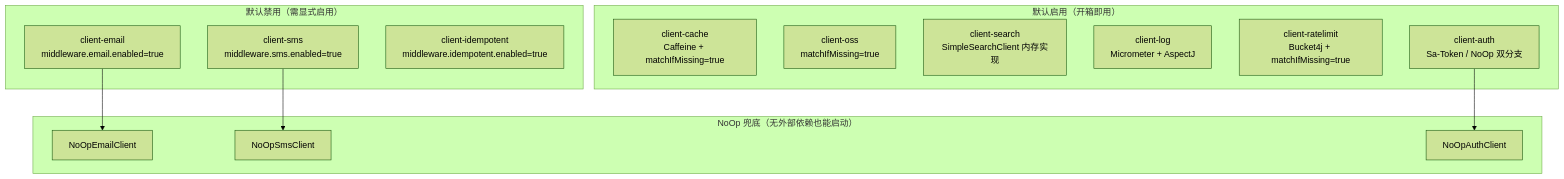
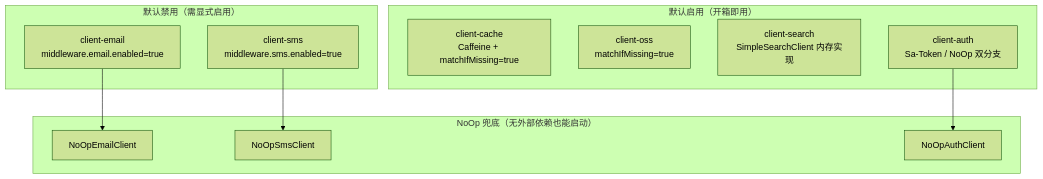
Before and after one commit to LeoNardo-LB/web-quick-start-light: the second of 2 diagrams in docs/architecture/design-patterns.md, drawn with Mermaid (forest theme). The commit also changed other lines of this file and 26 other files, not shown here.

````diff
--- a/docs/architecture/design-patterns.md
+++ b/docs/architecture/design-patterns.md
@@ -132,27 +131,24 @@
 ```mermaid
 graph TD
     subgraph "默认启用（开箱即用）"
         CACHE["client-cache<br/>Caffeine + matchIfMissing=true"]
         OSS["client-oss<br/>matchIfMissing=true"]
         SEARCH["client-search<br/>SimpleSearchClient 内存实现"]
-        LOG["client-log<br/>Micrometer + AspectJ"]
-        RATE["client-ratelimit<br/>Bucket4j + matchIfMissing=true"]
         AUTH["client-auth<br/>Sa-Token / NoOp 双分支"]
     end
 
     subgraph "默认禁用（需显式启用）"
         EMAIL["client-email<br/>middleware.email.enabled=true"]
         SMS["client-sms<br/>middleware.sms.enabled=true"]
-        IDEM["client-idempotent<br/>middleware.idempotent.enabled=true"]
     end
 
     subgraph "NoOp 兜底（无外部依赖也能启动）"
         EMAIL_NOOP["NoOpEmailClient"]
         SMS_NOOP["NoOpSmsClient"]
         AUTH_NOOP["NoOpAuthClient"]
     end
 
     EMAIL --> EMAIL_NOOP
     SMS --> SMS_NOOP
     AUTH --> AUTH_NOOP
 ```
````
